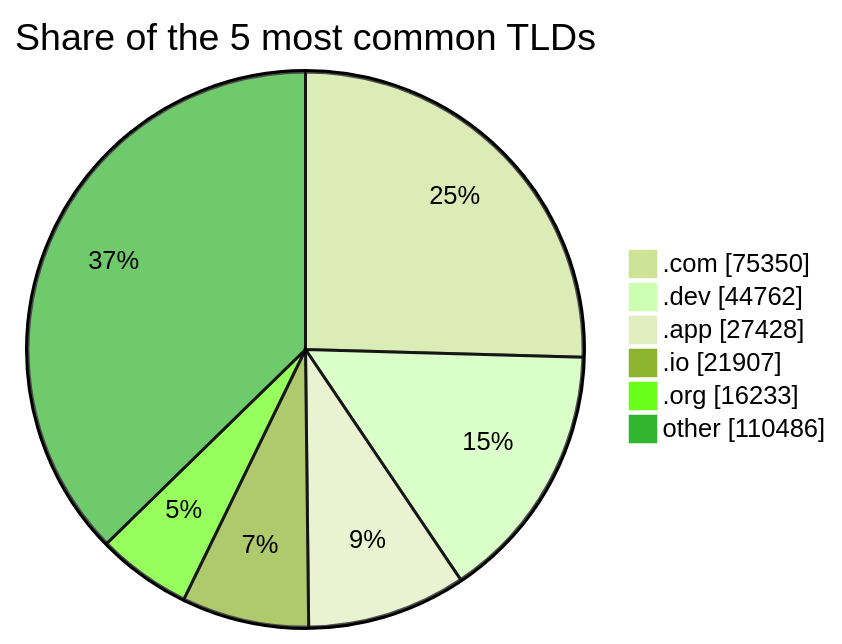
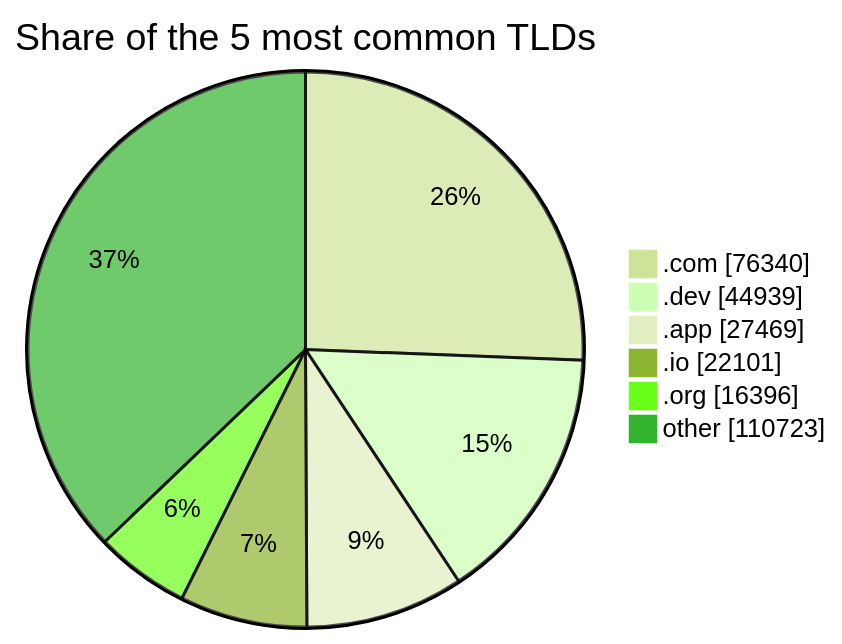
One commit to DNSBunker/CTI changed the third of 3 diagrams in README.md. Above: the diagram before and after it, drawn with Mermaid (forest theme). The commit also changed other lines of this file and 3 other files, not shown here.

````diff
--- a/README.md
+++ b/README.md
@@ -81,9 +81,9 @@
 ```mermaid
 pie showData title Share of the 5 most common TLDs
-    ".com" : 75350
-    ".dev" : 44762
-    ".app" : 27428
-    ".io" : 21907
-    ".org" : 16233
-    "other" : 110486
+    ".com" : 76340
+    ".dev" : 44939
+    ".app" : 27469
+    ".io" : 22101
+    ".org" : 16396
+    "other" : 110723
 ```
````
